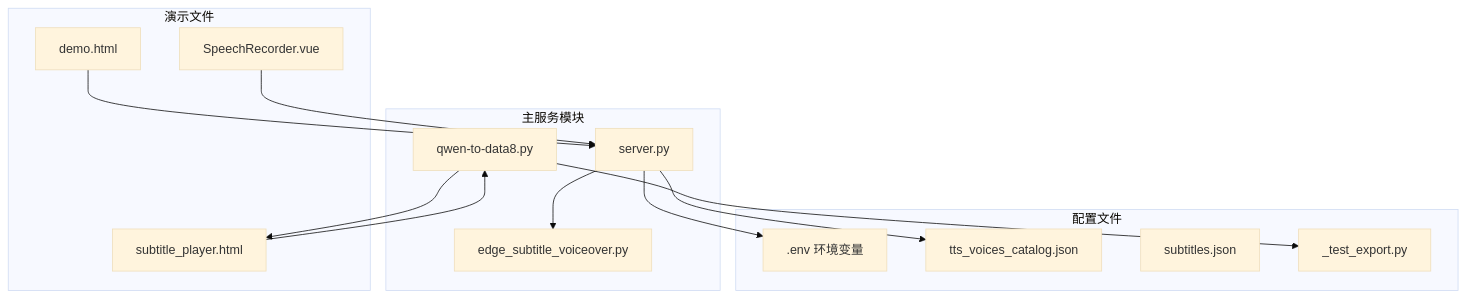
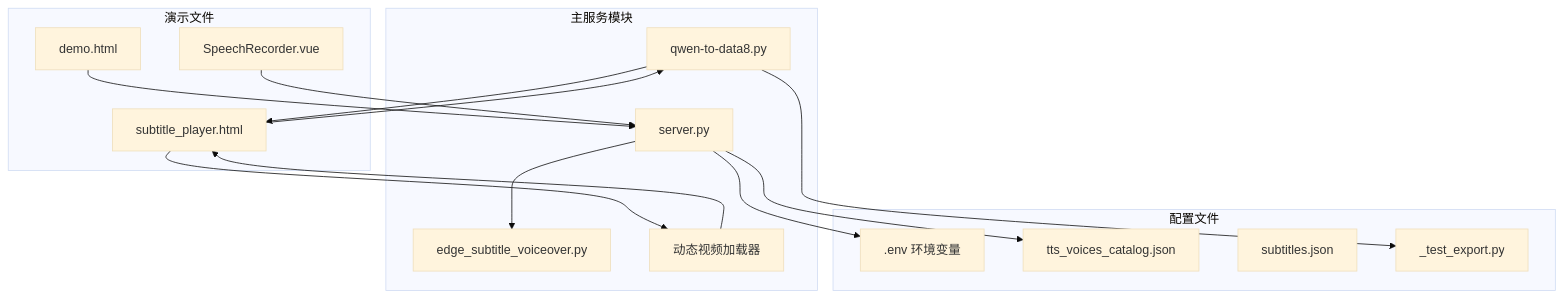
The fourth of 4 diagrams in .qoder/repowiki/zh/content/API接口参考/HTTP RESTful API端点.md (1024dashen/Vue3Speech), drawn with Mermaid (base theme) before and after one commit. The commit also changed other lines of this file and 13 other files, not shown here.

````diff
--- a/.qoder/repowiki/zh/content/API接口参考/HTTP RESTful API端点.md
+++ b/.qoder/repowiki/zh/content/API接口参考/HTTP RESTful API端点.md
@@ -801,27 +833,30 @@
 ```mermaid
 graph TB
 subgraph "主服务模块"
 Server[server.py]
 EdgeVoiceover[edge_subtitle_voiceover.py]
 ExportService[qwen-to-data8.py]
+DynamicVideoLoader[动态视频加载器]
 end
 subgraph "配置文件"
 Env[.env 环境变量]
 VoiceCatalog[tts_voices_catalog.json]
 Subtitles[subtitles.json]
 TestExport[_test_export.py]
 end
 subgraph "演示文件"
 Demo[demo.html]
 SpeechRecorder[SpeechRecorder.vue]
 Player[subtitle_player.html]
 end
 Server --> EdgeVoiceover
 Server --> VoiceCatalog
 Server --> Env
 ExportService --> TestExport
 ExportService --> Player
+DynamicVideoLoader --> Player
 Demo --> Server
 SpeechRecorder --> Server
 Player --> ExportService
+Player --> DynamicVideoLoader
 ```
````
